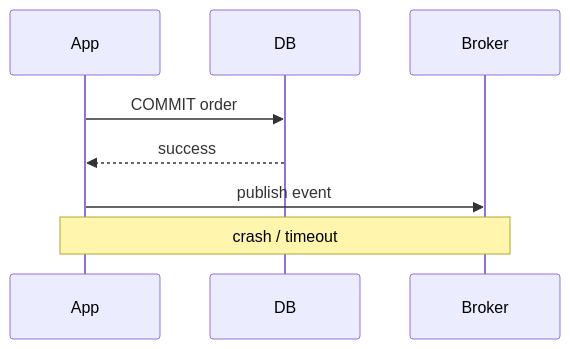
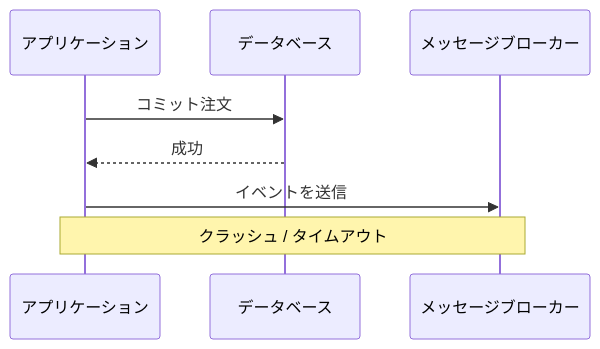
The first of 7 diagrams in src/content/docs/05-distributed-db/16-distributed-transactions.md (hirunebot/database-systems-book), drawn with Mermaid before and after one commit. The commit also changed other lines of this file and 42 other files, not shown here.

````diff
--- a/src/content/docs/05-distributed-db/16-distributed-transactions.md
+++ b/src/content/docs/05-distributed-db/16-distributed-transactions.md
@@ -50,10 +50,10 @@
 ```mermaid
 sequenceDiagram
-    participant App
-    participant DB
-    participant Broker
-    App->>DB: COMMIT order
-    DB-->>App: success
-    App->>Broker: publish event
-    Note over App,Broker: crash / timeout
+    participant App as アプリケーション
+    participant DB as データベース
+    participant Broker as メッセージブローカー
+    App->>DB: コミット注文
+    DB-->>App: 成功
+    App->>Broker: イベントを送信
+    Note over App,Broker: クラッシュ / タイムアウト
 ```
````
